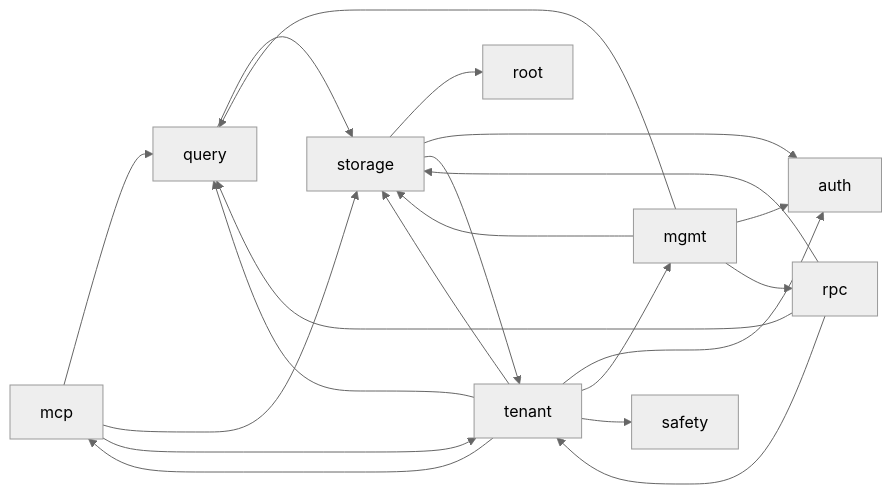
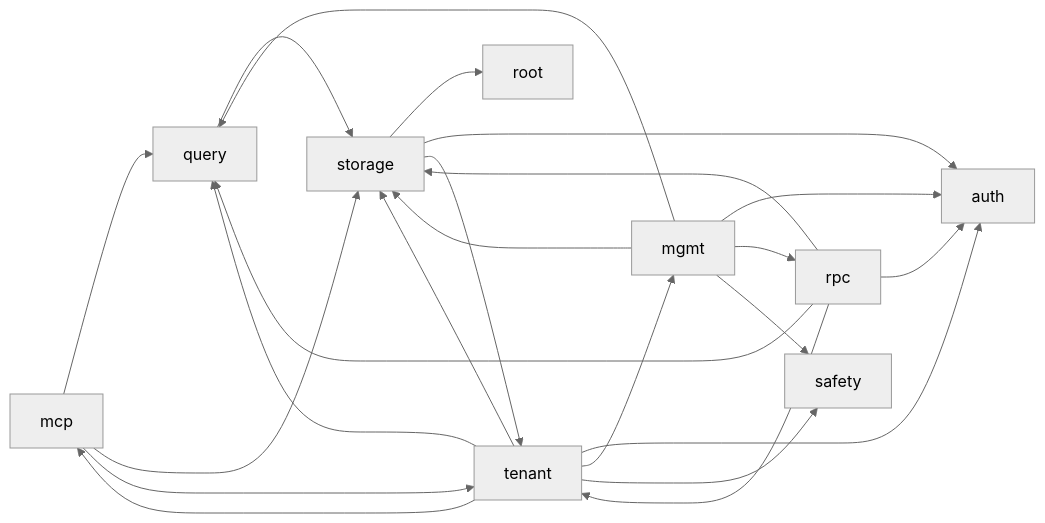
Before and after one commit to KaelLim/drust: the diagram in docs/architecture.md, drawn with Mermaid (neutral theme). The commit also changed other lines of this file and 12 other files, not shown here.

````diff
--- a/docs/architecture.md
+++ b/docs/architecture.md
@@ -34,23 +35,25 @@
 ```mermaid
 graph LR
   mcp --> query
   mcp --> storage
   mcp --> tenant
   mgmt --> auth
   mgmt --> query
   mgmt --> rpc
+  mgmt --> safety
   mgmt --> storage
   query --> storage
+  rpc --> auth
   rpc --> query
   rpc --> storage
   rpc --> tenant
   storage --> root
   storage --> auth
   storage --> tenant
   tenant --> auth
   tenant --> mcp
   tenant --> mgmt
   tenant --> query
   tenant --> safety
   tenant --> storage
 ```
````
